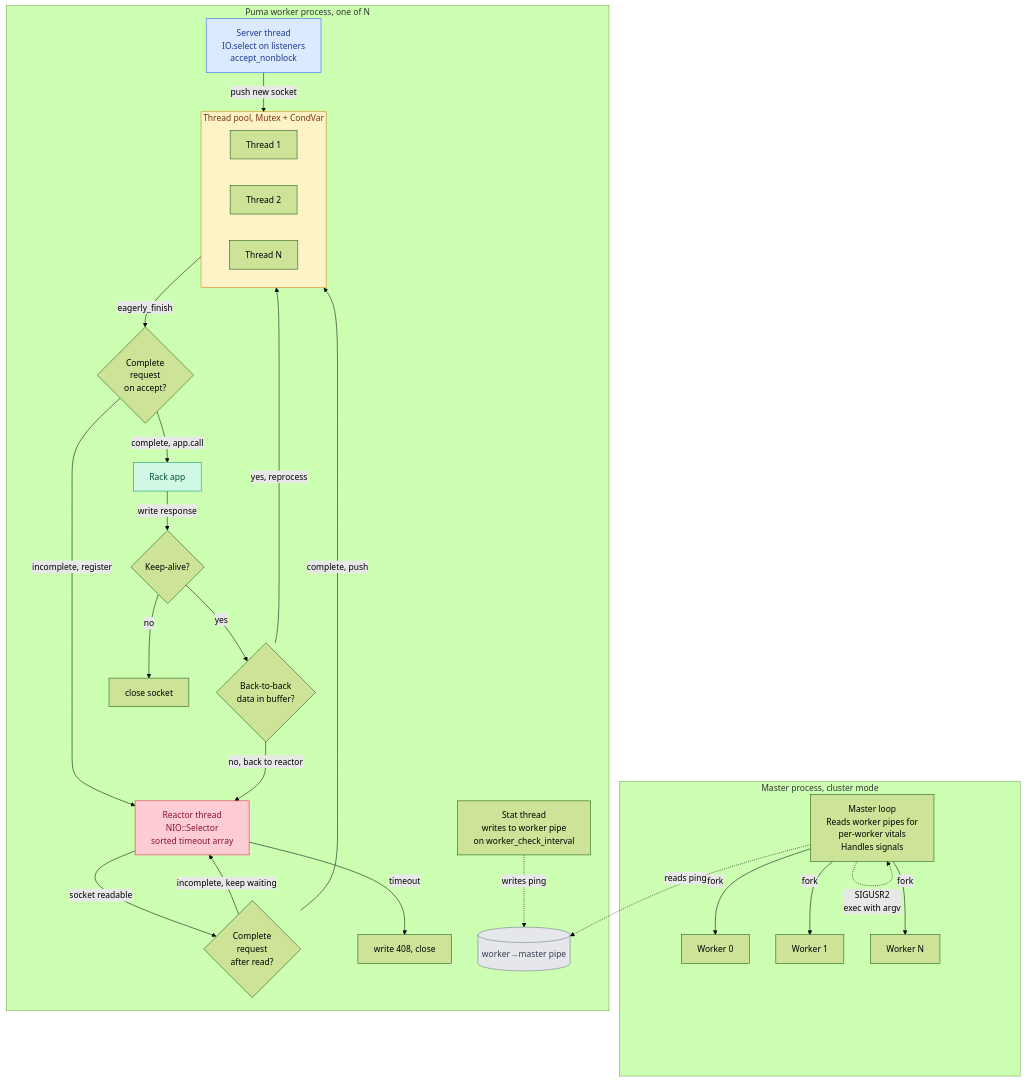
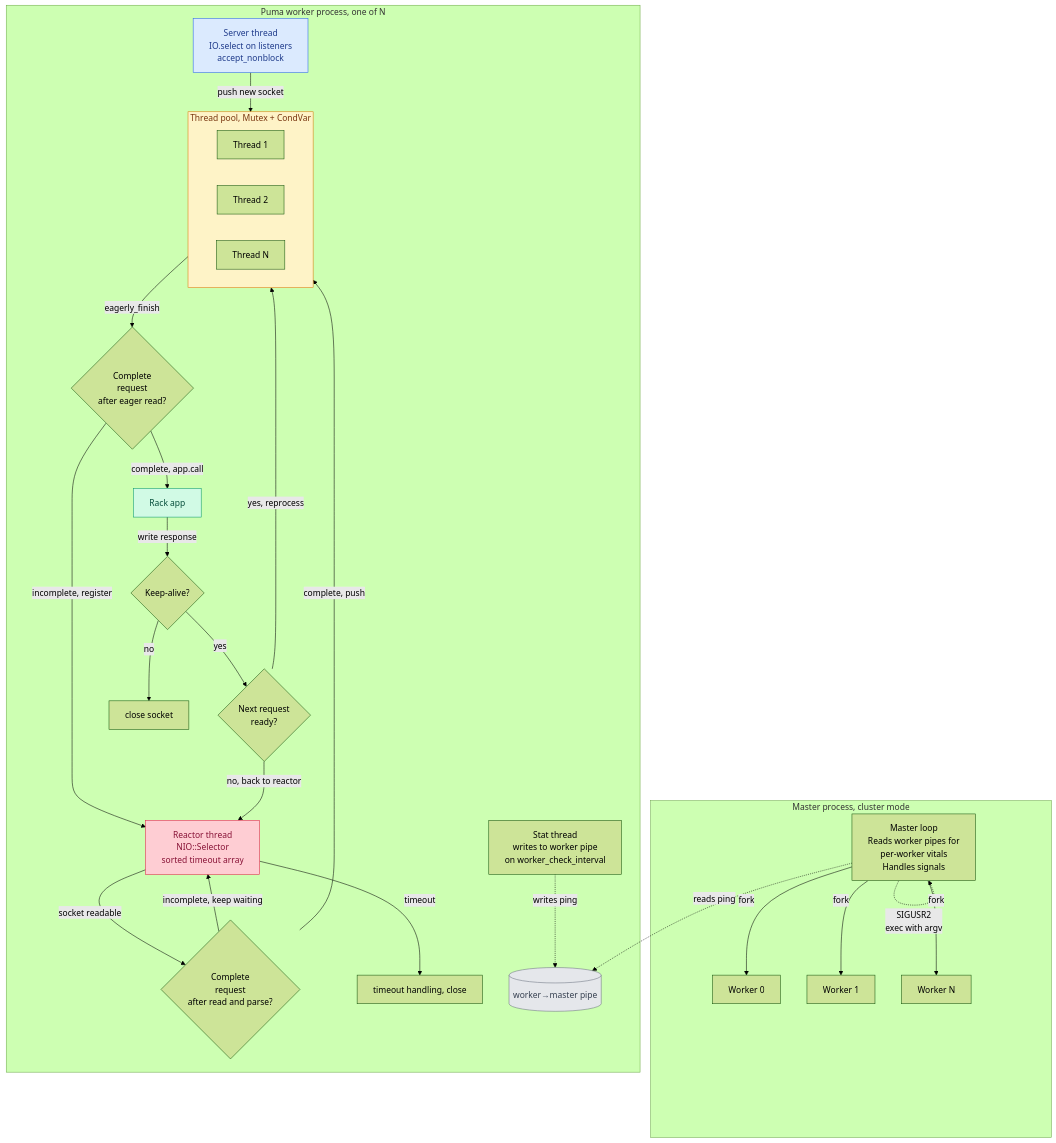
One commit to joshuay03/raptor changed the first of 2 diagrams in docs/raptor-vs-puma.md. Above: the diagram before and after it, drawn with Mermaid (forest theme). The commit also changed other lines of this file and 8 other files, not shown here.

````diff
--- a/docs/raptor-vs-puma.md
+++ b/docs/raptor-vs-puma.md
@@ -116,58 +42,58 @@
 ```mermaid
 flowchart TB
     subgraph Master["Master process, cluster mode"]
         MM["Master loop<br/>Reads worker pipes for<br/>per-worker vitals<br/>Handles signals"]
         MM -->|"fork"| W1["Worker 0"]
         MM -->|"fork"| W2["Worker 1"]
         MM -->|"fork"| W3["Worker N"]
         MM -.->|"SIGUSR2<br/>exec with argv"| MM
     end
 
     subgraph Worker["Puma worker process, one of N"]
         SRV["Server thread<br/>IO.select on listeners<br/>accept_nonblock"]
 
         RCT["Reactor thread<br/>NIO::Selector<br/>sorted timeout array"]
 
         subgraph TP["Thread pool, Mutex + CondVar"]
             T1["Thread 1"]
             T2["Thread 2"]
             T3["Thread N"]
         end
 
         STA["Stat thread<br/>writes to worker pipe<br/>on worker_check_interval"]
 
-        C1{"Complete<br/>request<br/>on accept?"}
-        C2{"Complete<br/>request<br/>after read?"}
+        C1{"Complete<br/>request<br/>after eager read?"}
+        C2{"Complete<br/>request<br/>after read and parse?"}
         KA{"Keep-alive?"}
-        BB{"Back-to-back<br/>data in buffer?"}
+        BB{"Next request<br/>ready?"}
 
         SRV -->|"push new socket"| TP
         TP -->|"eagerly_finish"| C1
         C1 -->|"complete, app.call"| APP["Rack app"]
         C1 -->|"incomplete, register"| RCT
         RCT -->|"socket readable"| C2
         C2 -->|"complete, push"| TP
         C2 -->|"incomplete, keep waiting"| RCT
-        RCT -->|"timeout"| TO["write 408, close"]
+        RCT -->|"timeout"| TO["timeout handling, close"]
         APP -->|"write response"| KA
         KA -->|"no"| CLS["close socket"]
         KA -->|"yes"| BB
         BB -->|"yes, reprocess"| TP
         BB -->|"no, back to reactor"| RCT
 
         STA -.->|"writes ping"| PIPE[("worker→master pipe")]
     end
 
     MM -.->|"reads ping"| PIPE
 
     classDef accept fill:#dbeafe,stroke:#2563eb,color:#1e3a8a
     classDef reactor fill:#fecdd3,stroke:#e11d48,color:#881337
     classDef pool fill:#fef3c7,stroke:#d97706,color:#78350f
     classDef app fill:#d1fae5,stroke:#059669,color:#064e3b
     classDef storage fill:#e5e7eb,stroke:#6b7280,color:#374151
     class SRV accept
     class RCT reactor
     class TP pool
     class APP app
     class PIPE storage
 ```
````
